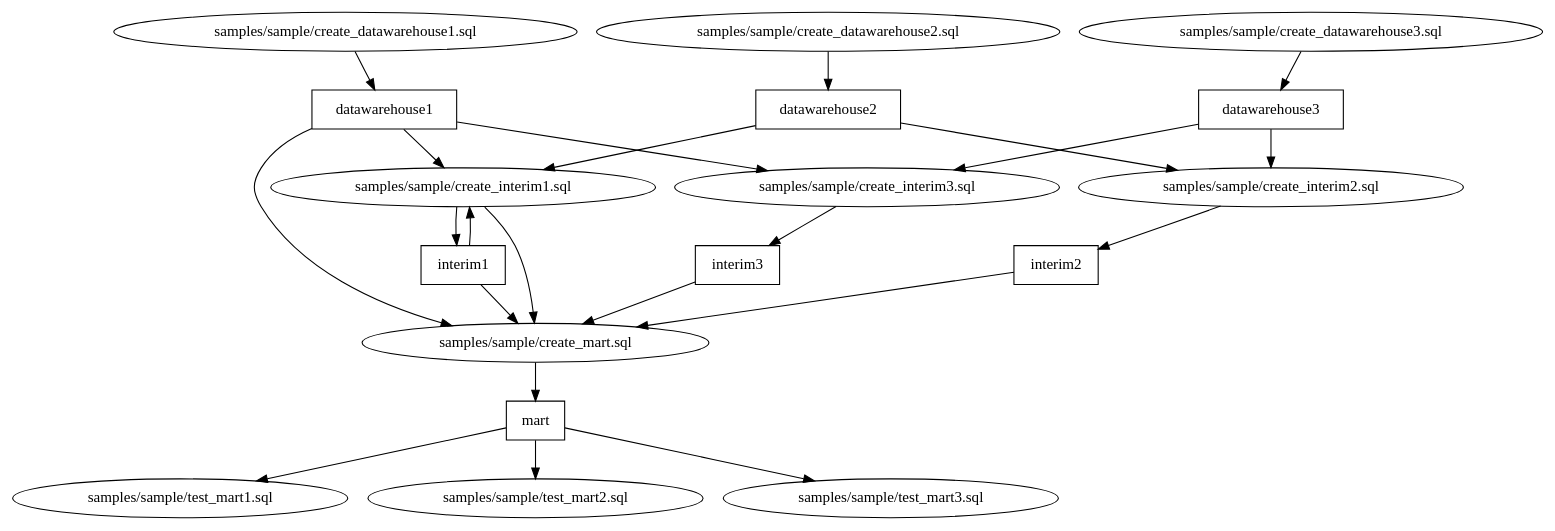
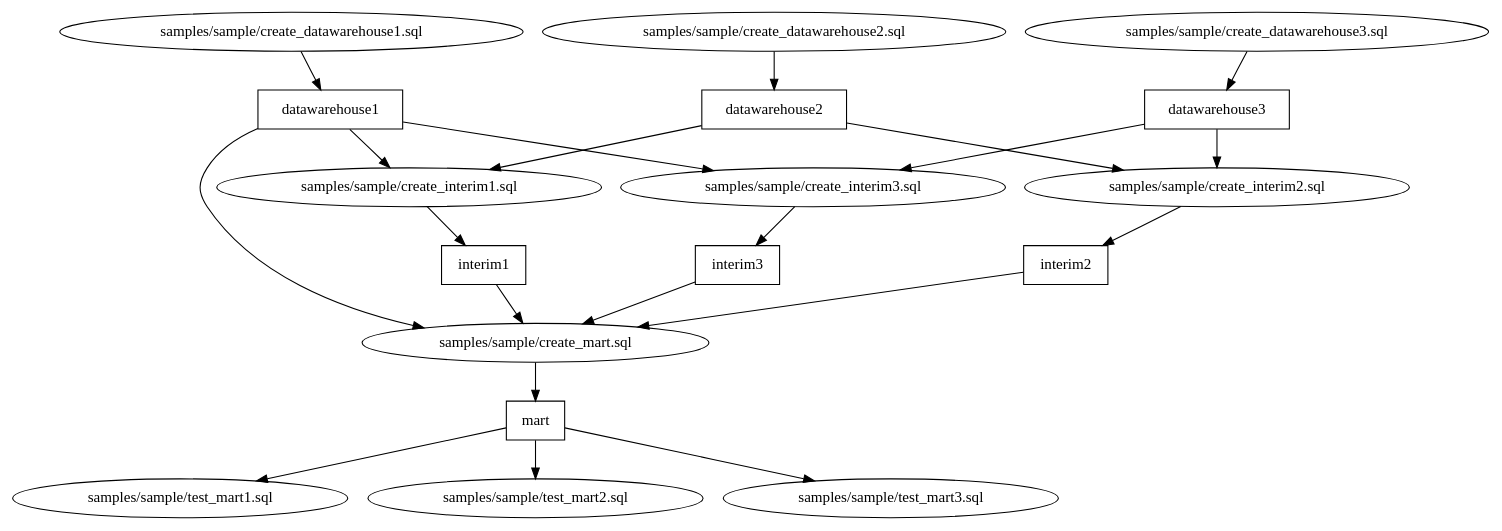
One commit to Matts966/alphasql changed the diagram in samples/sample/side_effect_first_with_tables/dag.dot. Above: the diagram before and after it, drawn with Graphviz. The commit also changed 4 other files, not shown here.

```diff
--- a/samples/sample/side_effect_first_with_tables/dag.dot
+++ b/samples/sample/side_effect_first_with_tables/dag.dot
@@ -1,41 +1,39 @@
 digraph G {
 0 [label="samples/sample/create_datawarehouse1.sql", shape="", type=query];
 1 [label="samples/sample/create_datawarehouse2.sql", shape="", type=query];
 2 [label="samples/sample/create_datawarehouse3.sql", shape="", type=query];
 3 [label="samples/sample/create_interim1.sql", shape="", type=query];
 4 [label="samples/sample/create_interim2.sql", shape="", type=query];
 5 [label="samples/sample/create_interim3.sql", shape="", type=query];
 6 [label="samples/sample/create_mart.sql", shape="", type=query];
 7 [label="samples/sample/test_mart1.sql", shape="", type=query];
 8 [label="samples/sample/test_mart2.sql", shape="", type=query];
 9 [label="samples/sample/test_mart3.sql", shape="", type=query];
 10 [label=datawarehouse1, shape=box, type=table];
 11 [label=datawarehouse2, shape=box, type=table];
 12 [label=datawarehouse3, shape=box, type=table];
 13 [label=interim1, shape=box, type=table];
 14 [label=interim2, shape=box, type=table];
 15 [label=interim3, shape=box, type=table];
 16 [label=mart, shape=box, type=table];
 0->10 ;
 1->11 ;
 2->12 ;
-3->6 ;
 3->13 ;
 4->14 ;
 5->15 ;
 6->16 ;
 10->3 ;
 10->5 ;
 10->6 ;
 11->3 ;
 11->4 ;
 12->5 ;
 12->4 ;
-13->3 ;
 13->6 ;
 14->6 ;
 15->6 ;
 16->9 ;
 16->8 ;
 16->7 ;
 }
```
